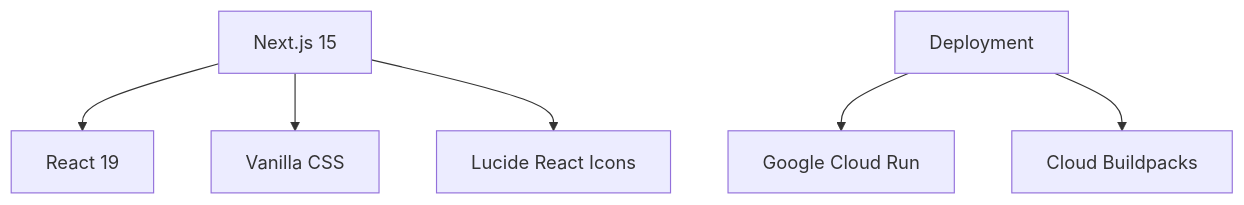
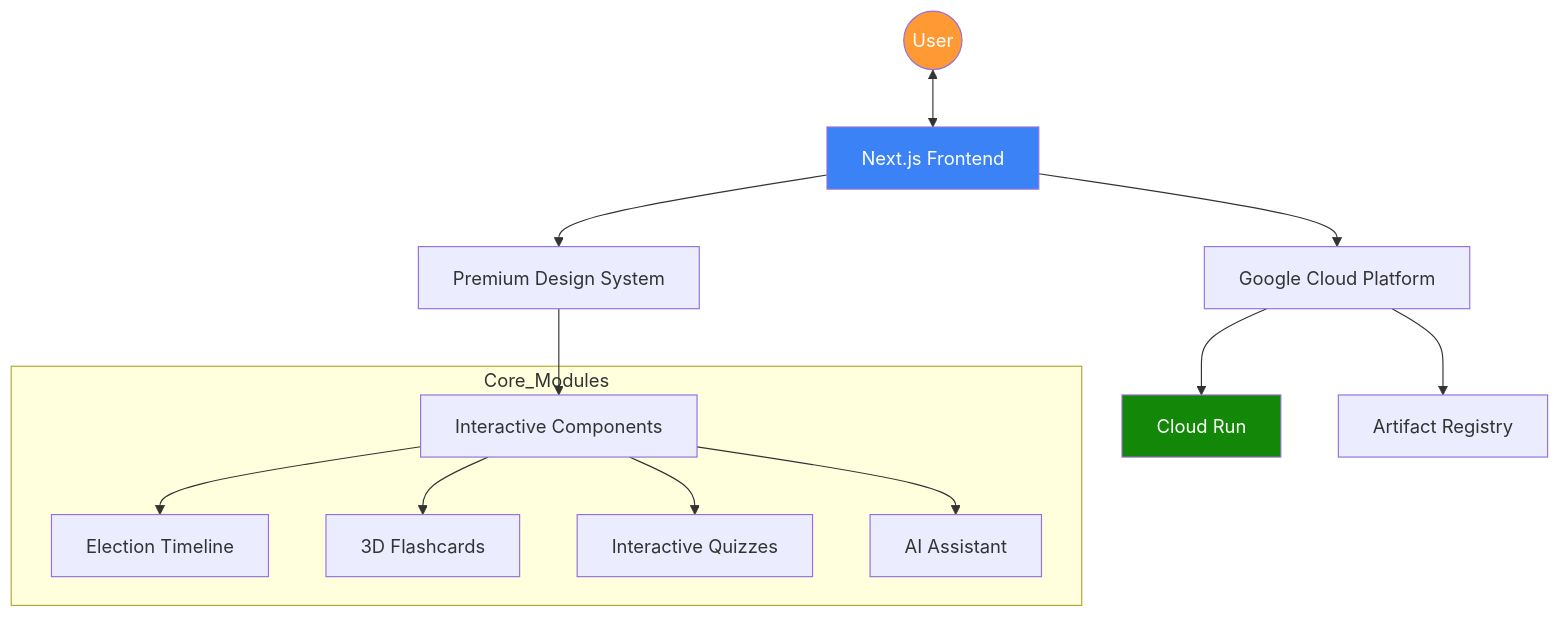
Before and after one commit to thenikhilbisht/DemocracyLens: the first of 2 diagrams in README.md, drawn with Mermaid. The commit also changed other lines of this file, not shown here.

Commit message:
Update README with premium description and architecture diagrams

````diff
--- a/README.md
+++ b/README.md
@@ -22,8 +23,21 @@
 ```mermaid
 graph TD
-    A[Next.js 15] --> B[React 19]
-    A --> C[Vanilla CSS]
-    A --> D[Lucide React Icons]
-    E[Deployment] --> F[Google Cloud Run]
-    E --> G[Cloud Buildpacks]
+    User((User)) <--> WebApp[Next.js Frontend]
+    WebApp --> UI[Premium Design System]
+    UI --> Components[Interactive Components]
+    
+    subgraph Core_Modules
+        Components --> Timeline[Election Timeline]
+        Components --> Flashcards[3D Flashcards]
+        Components --> Quizzes[Interactive Quizzes]
+        Components --> Chat[AI Assistant]
+    end
+    
+    WebApp --> Deployment[Google Cloud Platform]
+    Deployment --> CloudRun[Cloud Run]
+    Deployment --> ArtifactRegistry[Artifact Registry]
+    
+    style WebApp fill:#3b82f6,color:#fff
+    style CloudRun fill:#138808,color:#fff
+    style User fill:#ff9933,color:#fff
 ```
````
